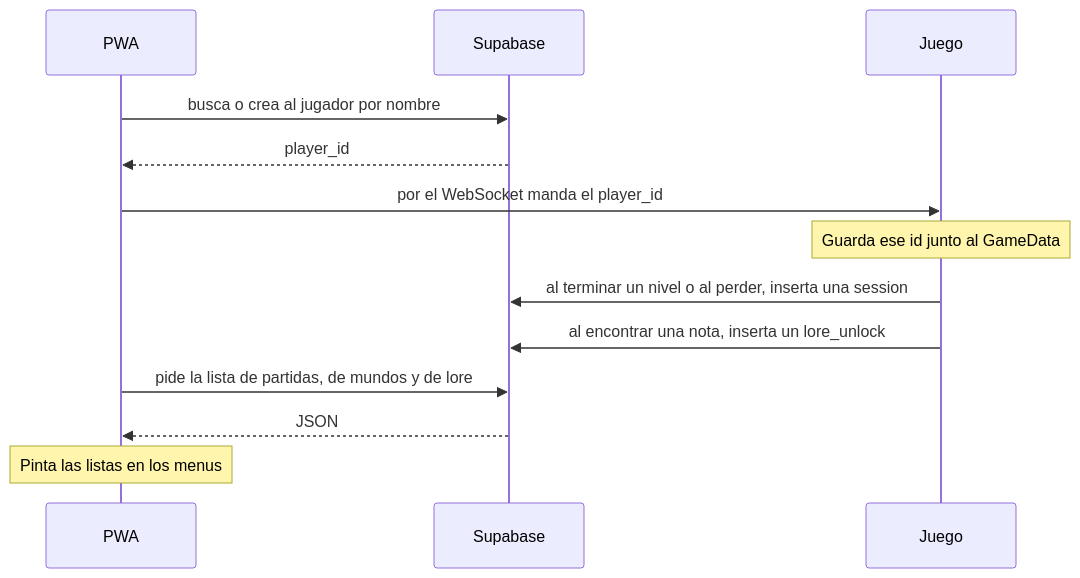
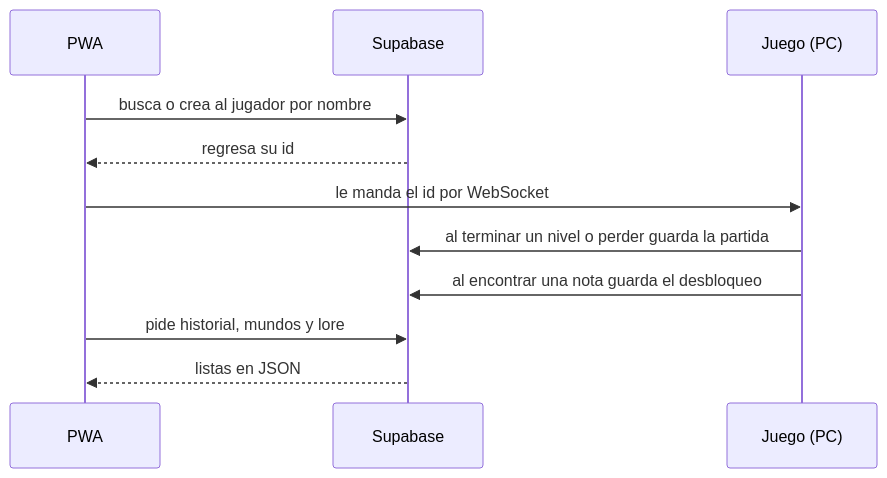
The third of 6 diagrams in README.md (Elmuuquienmas/PWAKimaya), drawn with Mermaid before and after one commit. The commit also changed other lines of this file, not shown here.

````diff
--- a/README.md
+++ b/README.md
@@ -207,16 +193,14 @@
 ```mermaid
 sequenceDiagram
-  participant Cel as PWA
+  participant App as PWA
   participant DB as Supabase
-  participant PC as Juego
+  participant Juego as Juego (PC)
 
-  Cel->>DB: busca o crea al jugador por nombre
-  DB-->>Cel: player_id
-  Cel->>PC: por el WebSocket manda el player_id
-  Note over PC: Guarda ese id junto al GameData
-  PC->>DB: al terminar un nivel o al perder, inserta una session
-  PC->>DB: al encontrar una nota, inserta un lore_unlock
-  Cel->>DB: pide la lista de partidas, de mundos y de lore
-  DB-->>Cel: JSON
-  Note over Cel: Pinta las listas en los menus
+  App->>DB: busca o crea al jugador por nombre
+  DB-->>App: regresa su id
+  App->>Juego: le manda el id por WebSocket
+  Juego->>DB: al terminar un nivel o perder guarda la partida
+  Juego->>DB: al encontrar una nota guarda el desbloqueo
+  App->>DB: pide historial, mundos y lore
+  DB-->>App: listas en JSON
 ```
````
